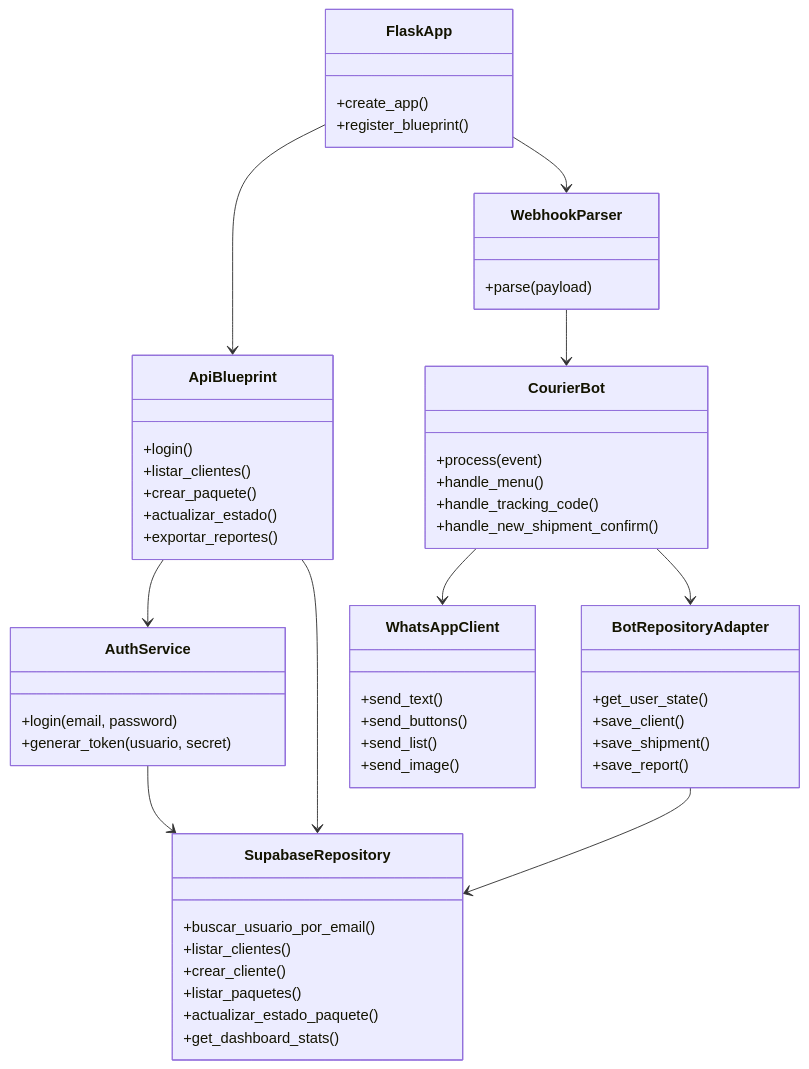
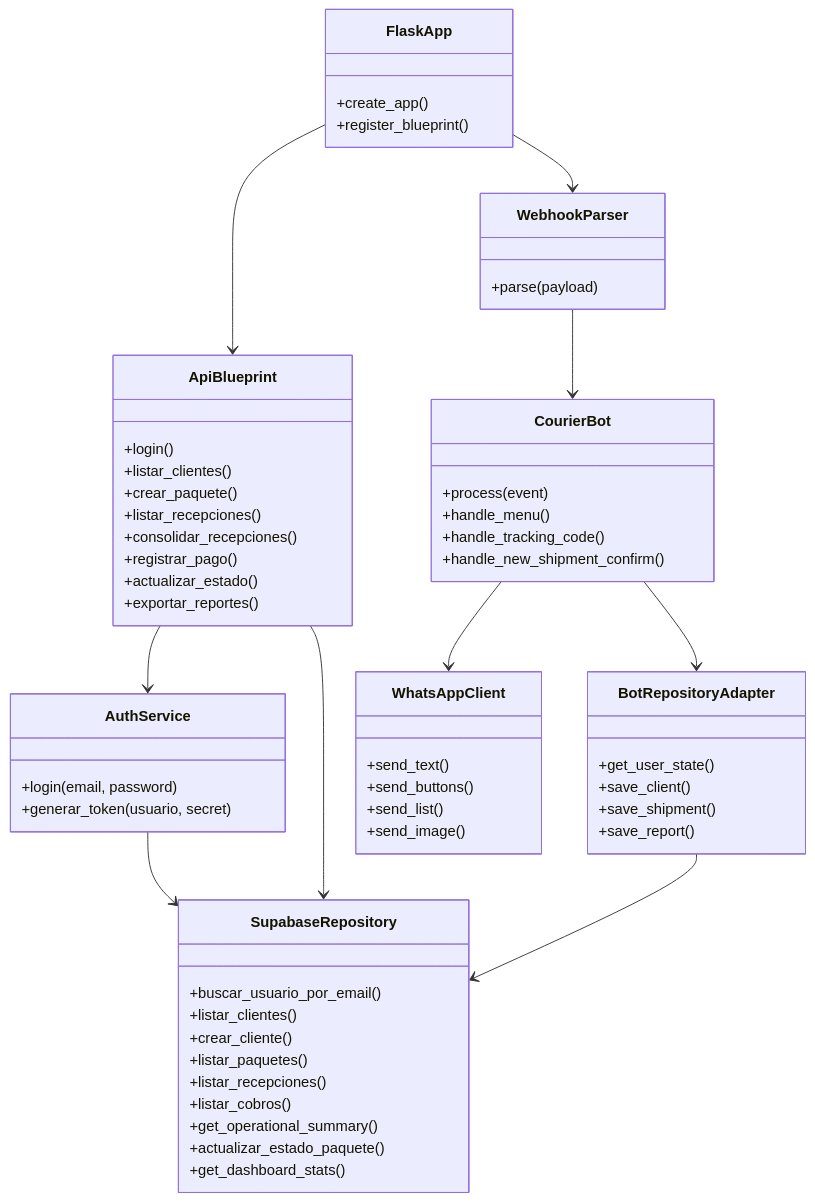
One commit to mateosimbana-collab/curriermsj changed the second of 2 diagrams in docs/ARCHITECTURE.md. Above: the diagram before and after it, drawn with Mermaid. The commit also changed other lines of this file and 22 other files, not shown here.

Commit message:
feat: operational workflow migration, legacy upgrade scripts, test operations, architecture updates

````diff
--- a/docs/ARCHITECTURE.md
+++ b/docs/ARCHITECTURE.md
@@ -57,57 +57,63 @@
 ```mermaid
 classDiagram
     class FlaskApp {
         +create_app()
         +register_blueprint()
     }
     class ApiBlueprint {
         +login()
         +listar_clientes()
         +crear_paquete()
+        +listar_recepciones()
+        +consolidar_recepciones()
+        +registrar_pago()
         +actualizar_estado()
         +exportar_reportes()
     }
     class AuthService {
         +login(email, password)
         +generar_token(usuario, secret)
     }
     class SupabaseRepository {
         +buscar_usuario_por_email()
         +listar_clientes()
         +crear_cliente()
         +listar_paquetes()
+        +listar_recepciones()
+        +listar_cobros()
+        +get_operational_summary()
         +actualizar_estado_paquete()
         +get_dashboard_stats()
     }
     class CourierBot {
         +process(event)
         +handle_menu()
         +handle_tracking_code()
         +handle_new_shipment_confirm()
     }
     class BotRepositoryAdapter {
         +get_user_state()
         +save_client()
         +save_shipment()
         +save_report()
     }
     class WhatsAppClient {
         +send_text()
         +send_buttons()
         +send_list()
         +send_image()
     }
     class WebhookParser {
         +parse(payload)
     }
 
     FlaskApp --> ApiBlueprint
     ApiBlueprint --> AuthService
     AuthService --> SupabaseRepository
     ApiBlueprint --> SupabaseRepository
     CourierBot --> BotRepositoryAdapter
     BotRepositoryAdapter --> SupabaseRepository
     CourierBot --> WhatsAppClient
     FlaskApp --> WebhookParser
     WebhookParser --> CourierBot
 ```
````
